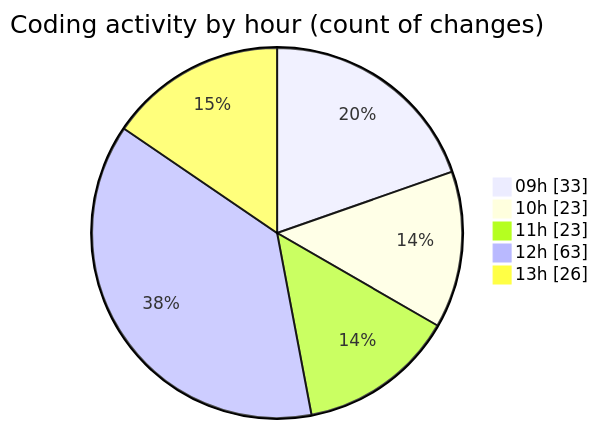
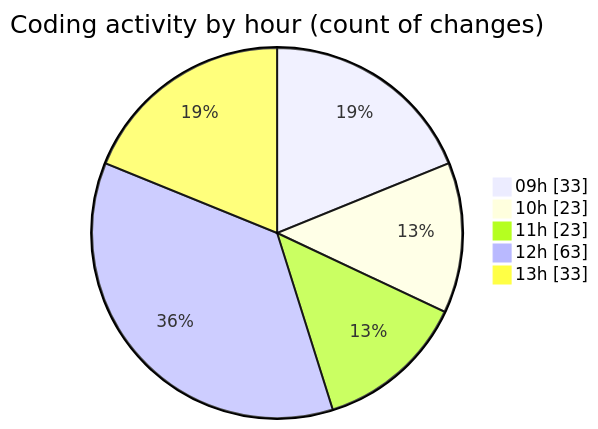
The second of 2 diagrams in 2025-05-20/ecodeli-1/README.md (CELIANVF/code-tracking), drawn with Mermaid before and after one commit. The commit also changed other lines of this file and 1 other file, not shown here.

````diff
--- a/2025-05-20/ecodeli-1/README.md
+++ b/2025-05-20/ecodeli-1/README.md
@@ -93,9 +95,9 @@
 ```mermaid
 pie showData
 title Coding activity by hour (count of changes)
 "09h" : 33
 "10h" : 23
 "11h" : 23
 "12h" : 63
-"13h" : 26
+"13h" : 33
 ```
````
